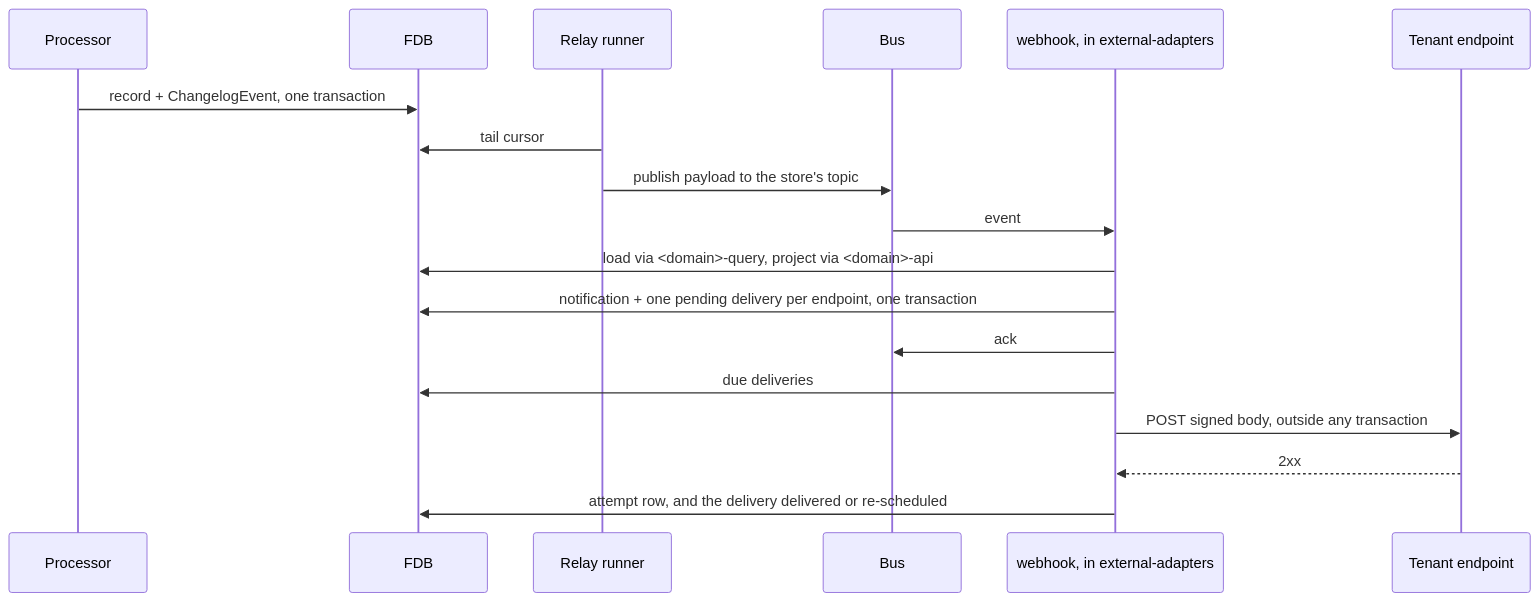
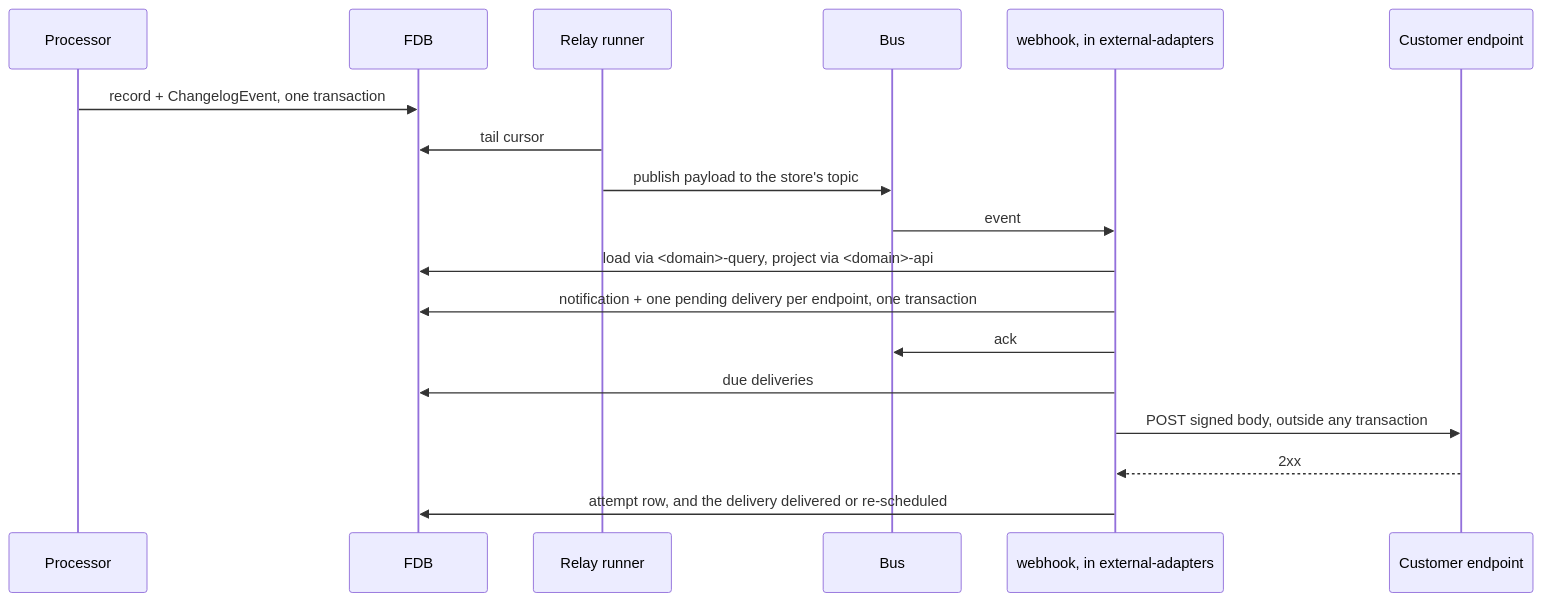
One commit to repldriven/queenswood changed the diagram in docs/tdd/webhooks.md. Above: the diagram before and after it, drawn with Mermaid. The commit also changed 32 other files, not shown here.

````diff
--- a/docs/tdd/webhooks.md
+++ b/docs/tdd/webhooks.md
@@ -219,21 +219,21 @@
 ```mermaid
 sequenceDiagram
     participant P as Processor
     participant F as FDB
     participant R as Relay runner
     participant B as Bus
     participant W as webhook, in external-adapters
-    participant E as Tenant endpoint
+    participant E as Customer endpoint
 
     P->>F: record + ChangelogEvent, one transaction
     R->>F: tail cursor
     R->>B: publish payload to the store's topic
     B->>W: event
     W->>F: load via <domain>-query, project via <domain>-api
     W->>F: notification + one pending delivery per endpoint, one transaction
     W->>B: ack
     W->>F: due deliveries
     W->>E: POST signed body, outside any transaction
     E-->>W: 2xx
     W->>F: attempt row, and the delivery delivered or re-scheduled
 ```
````
